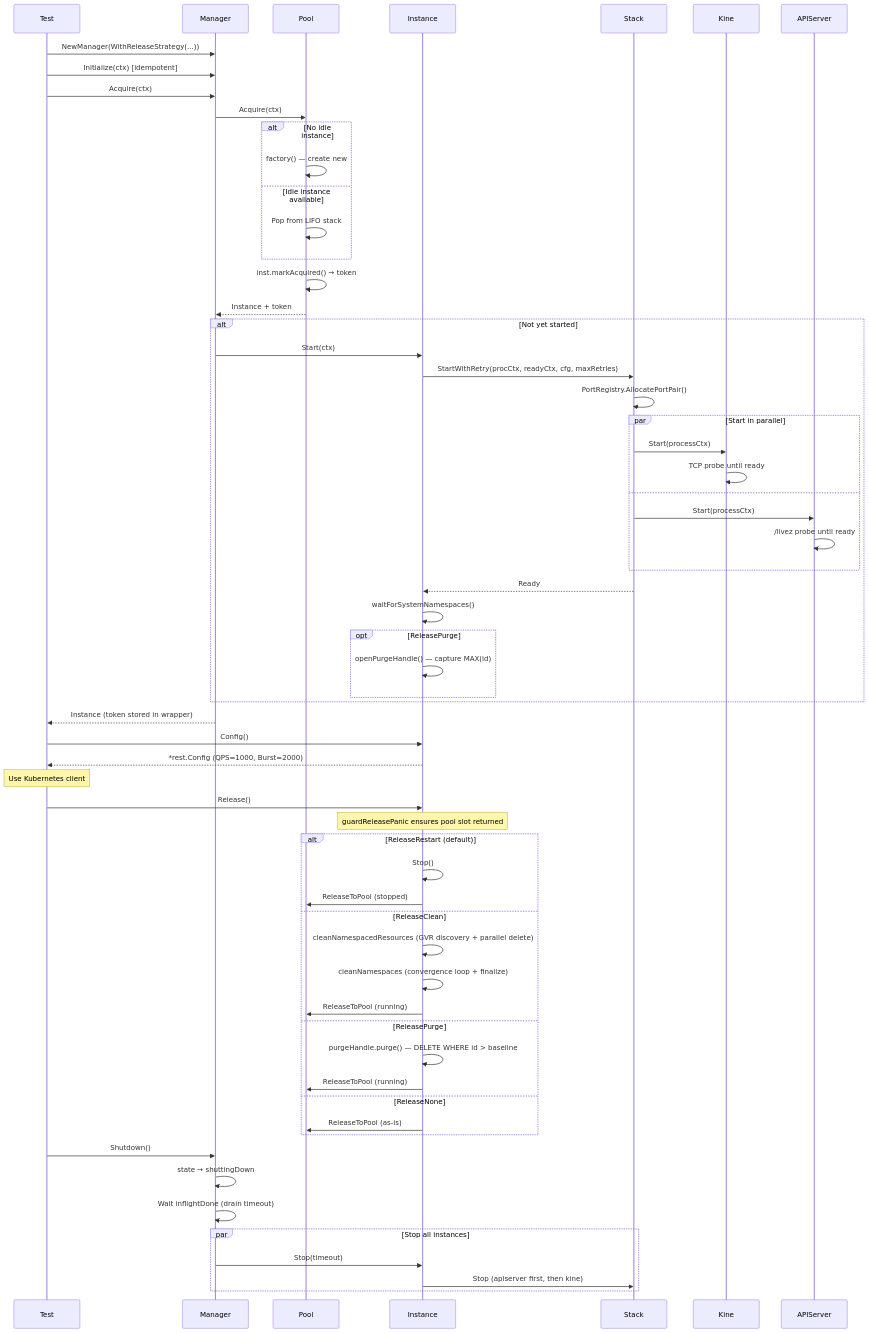
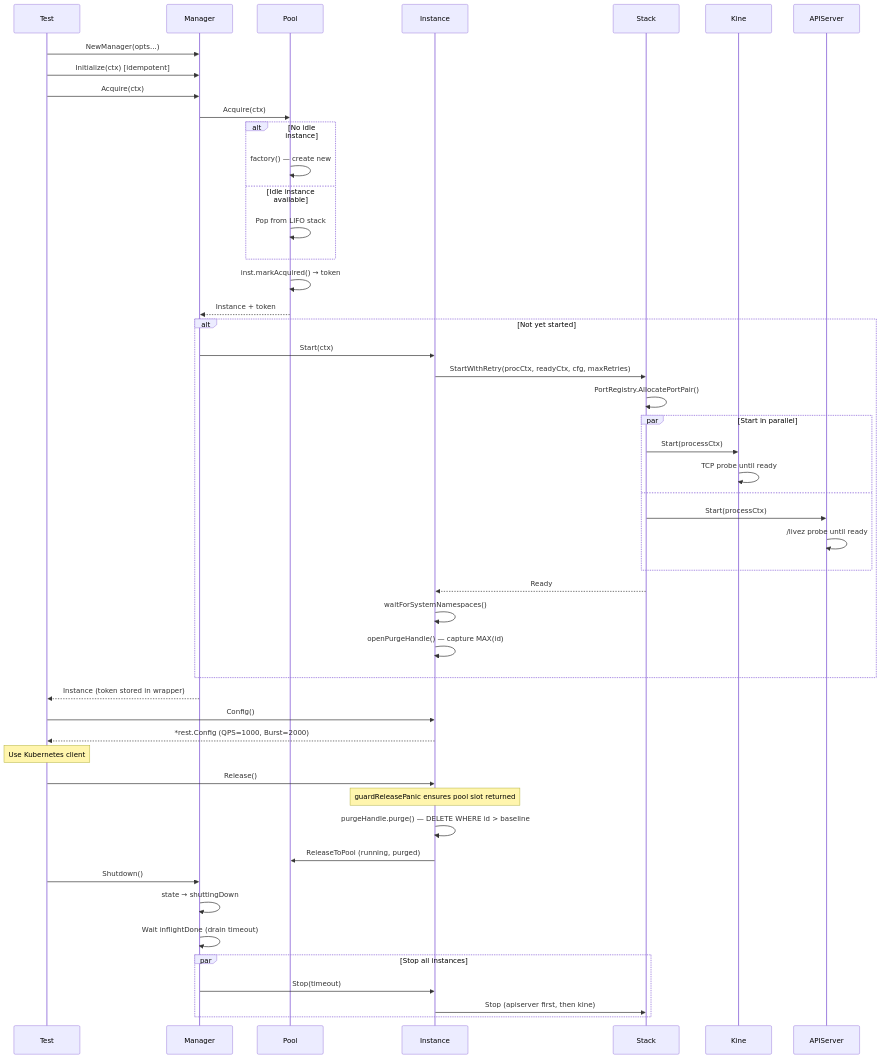
The second of 4 diagrams in docs/CODEBASE_MAP.md (giantswarm/k8senv), drawn with Mermaid before and after one commit. The commit also changed other lines of this file and 1 other file, not shown here.

First line of the commit message:
docs: update codebase map and CLAUDE.md for strategy removal refactor

````diff
--- a/docs/CODEBASE_MAP.md
+++ b/docs/CODEBASE_MAP.md
@@ -635,73 +590,60 @@
 ```mermaid
 sequenceDiagram
     participant Test
     participant Manager
     participant Pool
     participant Instance
     participant Stack
     participant Kine
     participant APIServer
 
-    Test->>Manager: NewManager(WithReleaseStrategy(...))
+    Test->>Manager: NewManager(opts...)
     Test->>Manager: Initialize(ctx) [idempotent]
     Test->>Manager: Acquire(ctx)
     Manager->>Pool: Acquire(ctx)
 
     alt No idle instance
         Pool->>Pool: factory() — create new
     else Idle instance available
         Pool->>Pool: Pop from LIFO stack
     end
 
     Pool->>Pool: inst.markAcquired() → token
     Pool-->>Manager: Instance + token
 
     alt Not yet started
         Manager->>Instance: Start(ctx)
         Instance->>Stack: StartWithRetry(procCtx, readyCtx, cfg, maxRetries)
         Stack->>Stack: PortRegistry.AllocatePortPair()
         par Start in parallel
             Stack->>Kine: Start(processCtx)
             Kine->>Kine: TCP probe until ready
         and
             Stack->>APIServer: Start(processCtx)
             APIServer->>APIServer: /livez probe until ready
         end
         Stack-->>Instance: Ready
         Instance->>Instance: waitForSystemNamespaces()
-        opt ReleasePurge
-            Instance->>Instance: openPurgeHandle() — capture MAX(id)
-        end
+        Instance->>Instance: openPurgeHandle() — capture MAX(id)
     end
 
     Manager-->>Test: Instance (token stored in wrapper)
 
     Test->>Instance: Config()
     Instance-->>Test: *rest.Config (QPS=1000, Burst=2000)
     Note over Test: Use Kubernetes client
 
     Test->>Instance: Release()
     Note over Instance: guardReleasePanic ensures pool slot returned
 
-    alt ReleaseRestart (default)
-        Instance->>Instance: Stop()
-        Instance->>Pool: ReleaseToPool (stopped)
-    else ReleaseClean
-        Instance->>Instance: cleanNamespacedResources (GVR discovery + parallel delete)
-        Instance->>Instance: cleanNamespaces (convergence loop + finalize)
-        Instance->>Pool: ReleaseToPool (running)
-    else ReleasePurge
-        Instance->>Instance: purgeHandle.purge() — DELETE WHERE id > baseline
-        Instance->>Pool: ReleaseToPool (running)
-    else ReleaseNone
-        Instance->>Pool: ReleaseToPool (as-is)
-    end
+    Instance->>Instance: purgeHandle.purge() — DELETE WHERE id > baseline
+    Instance->>Pool: ReleaseToPool (running, purged)
 
     Test->>Manager: Shutdown()
     Manager->>Manager: state → shuttingDown
     Manager->>Manager: Wait inflightDone (drain timeout)
     par Stop all instances
         Manager->>Instance: Stop(timeout)
         Instance->>Stack: Stop (apiserver first, then kine)
     end
 ```
````
